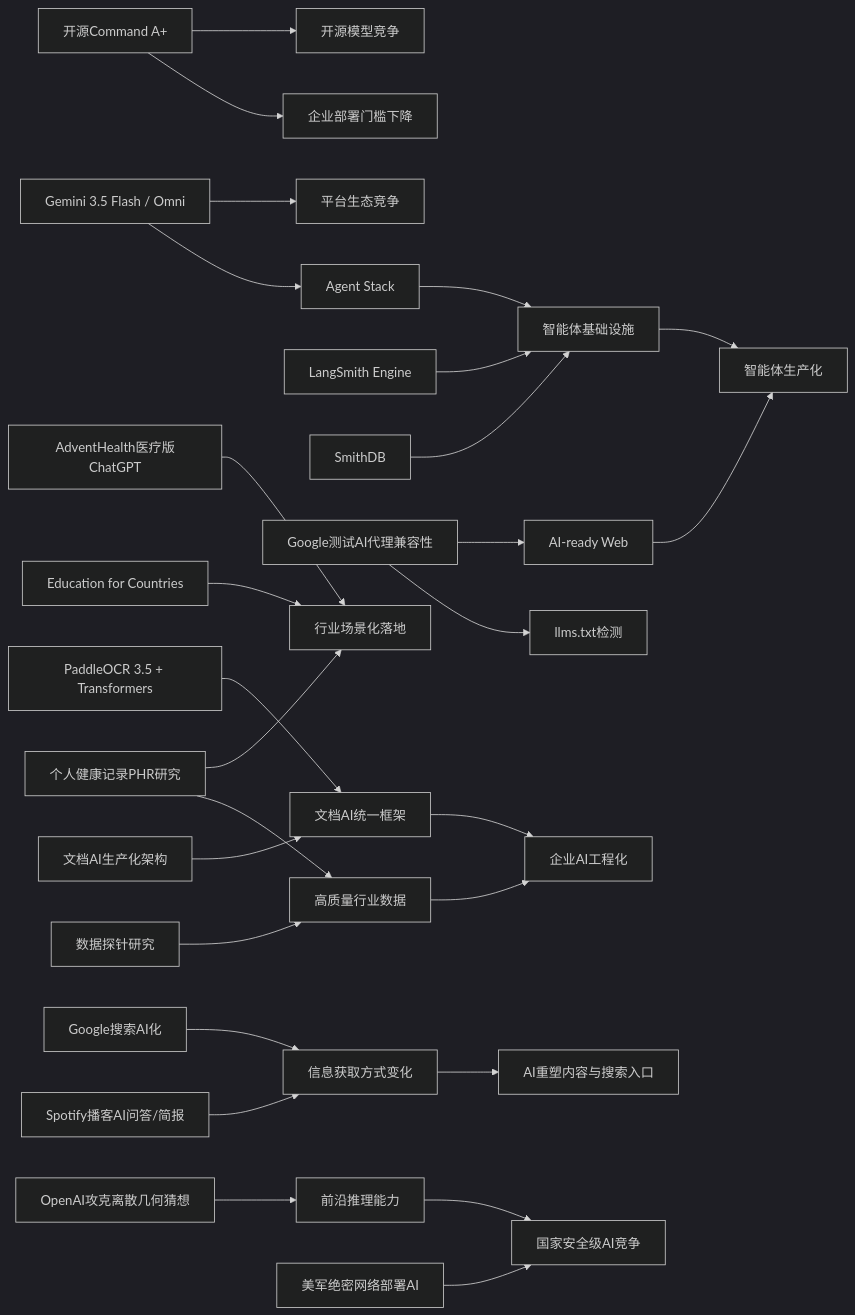
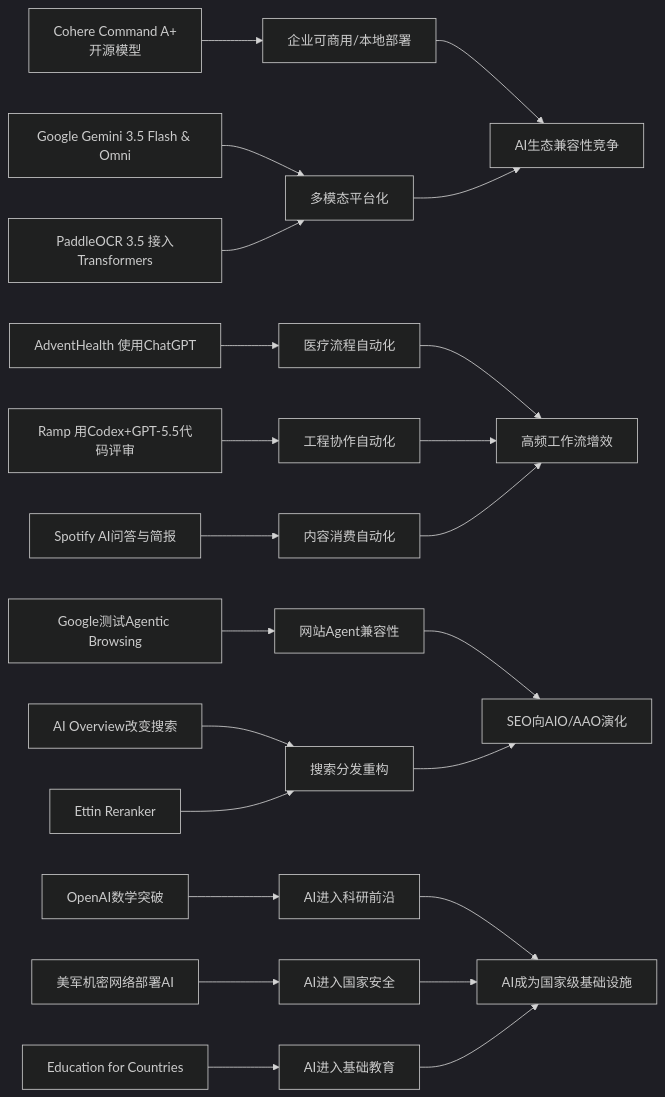
Before and after one commit to zhuxinfei/ai-daily-site: the diagram in content/cn/2026/2026-05/2026-05-21.md, drawn with Mermaid (dark theme). The commit also changed other lines of this file, not shown here.

````diff
--- a/content/cn/2026/2026-05/2026-05-21.md
+++ b/content/cn/2026/2026-05/2026-05-21.md
@@ -110,34 +110,28 @@
 ```mermaid
 graph LR
-    Cohere[开源Command A+] --> OpenSource[开源模型竞争]
-    GoogleGemini[Gemini 3.5 Flash / Omni] --> Ecosystem[平台生态竞争]
-    GoogleGemini --> AgentStack[Agent Stack]
-    Cohere --> EnterpriseAdoption[企业部署门槛下降]
+    A[Cohere Command A+<br/>开源模型] --> B[企业可商用/本地部署]
+    C[Google Gemini 3.5 Flash & Omni] --> D[多模态平台化]
+    E[PaddleOCR 3.5 接入Transformers] --> D
+    B --> F[AI生态兼容性竞争]
+    D --> F
 
-    LangSmith[LangSmith Engine] --> AgentInfra[智能体基础设施]
-    SmithDB[SmithDB] --> AgentInfra
-    AgentStack --> AgentInfra
-    GoogleLighthouse[Google测试AI代理兼容性] --> AIReadyWeb[AI-ready Web]
-    GoogleLighthouse --> llmstxt[llms.txt检测]
-    AgentInfra --> ProdAgents[智能体生产化]
-    AIReadyWeb --> ProdAgents
+    G[AdventHealth 使用ChatGPT] --> H[医疗流程自动化]
+    I[Ramp 用Codex+GPT-5.5代码评审] --> J[工程协作自动化]
+    K[Spotify AI问答与简报] --> L[内容消费自动化]
+    H --> M[高频工作流增效]
+    J --> M
+    L --> M
 
-    AdventHealth[AdventHealth医疗版ChatGPT] --> VerticalAI[行业场景化落地]
-    OpenAIEdu[Education for Countries] --> VerticalAI
-    PHR[个人健康记录PHR研究] --> VerticalAI
-    PHR --> DataQuality[高质量行业数据]
+    N[Google测试Agentic Browsing] --> O[网站Agent兼容性]
+    P[AI Overview改变搜索] --> Q[搜索分发重构]
+    R[Ettin Reranker] --> Q
+    O --> S[SEO向AIO/AAO演化]
+    Q --> S
 
-    PaddleOCR[PaddleOCR 3.5 + Transformers] --> DocAI[文档AI统一框架]
-    DocArch[文档AI生产化架构] --> DocAI
-    DataProbe[数据探针研究] --> DataQuality
-    DocAI --> EnterpriseAI[企业AI工程化]
-    DataQuality --> EnterpriseAI
-
-    SearchShift[Google搜索AI化] --> UserInterface[信息获取方式变化]
-    Spotify[Spotify播客AI问答/简报] --> UserInterface
-    UserInterface --> AIProductization[AI重塑内容与搜索入口]
-
-    OpenAIMath[OpenAI攻克离散几何猜想] --> FrontierReasoning[前沿推理能力]
-    USCyber[美军绝密网络部署AI] --> StrategicAI[国家安全级AI竞争]
-    FrontierReasoning --> StrategicAI
+    T[OpenAI数学突破] --> U[AI进入科研前沿]
+    V[美军机密网络部署AI] --> W[AI进入国家安全]
+    X[Education for Countries] --> Y[AI进入基础教育]
+    U --> Z[AI成为国家级基础设施]
+    W --> Z
+    Y --> Z
 ```
````
